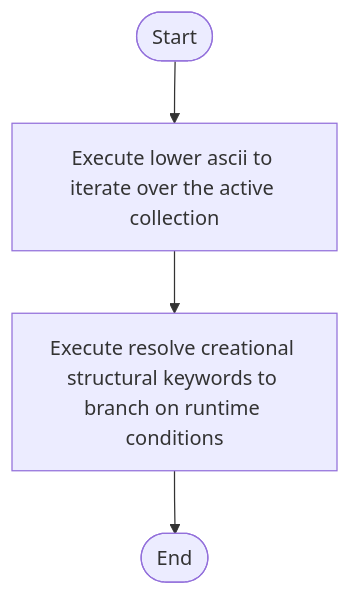
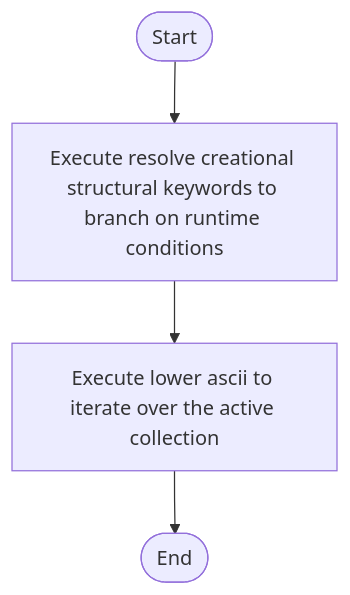
Before and after one commit to JohnAndrewBalbarosa/NeoTerritory: the diagram in docs/Codebase/Microservice/Modules/Source/Creational/Logic/creational_structural_hooks.cpp.md, drawn with Mermaid. The commit also changed 148 other files, not shown here.

````diff
--- a/docs/Codebase/Microservice/Modules/Source/Creational/Logic/creational_structural_hooks.cpp.md
+++ b/docs/Codebase/Microservice/Modules/Source/Creational/Logic/creational_structural_hooks.cpp.md
@@ -23,10 +23,10 @@
 ```mermaid
 flowchart TD
     Start([Start])
-    N0[Execute lower ascii to iterate over the active collection]
-    N1[Execute resolve creational structural keywords to branch on runtime conditions]
+    N0[Execute resolve creational structural keywords to branch on runtime conditions]
+    N1[Execute lower ascii to iterate over the active collection]
     End([End])
     Start --> N0
     N0 --> N1
     N1 --> End
 ```
````
